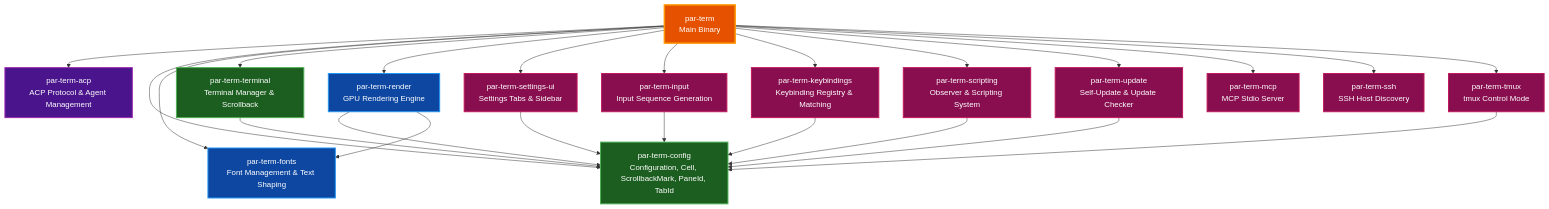
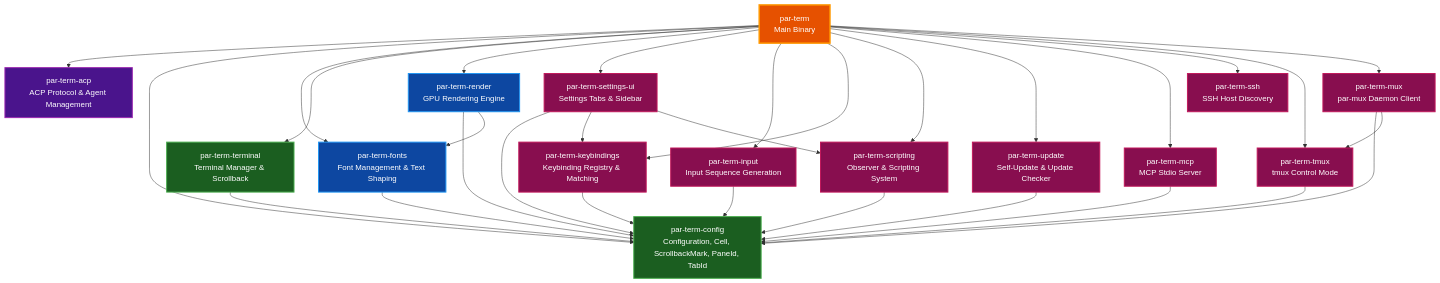
Before and after one commit to paulrobello/par-term: the second of 7 diagrams in docs/architecture/ARCHITECTURE.md, drawn with Mermaid. The commit also changed other lines of this file and 4 other files, not shown here.

Commit message:
docs: sync CONFIG_REFERENCE, ENTERPRISE_DEPLOYMENT, LOGGING, ARCHITECTURE, COMPOSITOR to impl

````diff
--- a/docs/architecture/ARCHITECTURE.md
+++ b/docs/architecture/ARCHITECTURE.md
@@ -141,56 +145,65 @@
 ```mermaid
 graph TD
     Main[par-term<br>Main Binary]
     ACP[par-term-acp<br>ACP Protocol & Agent Management]
     Config[par-term-config<br>Configuration, Cell, ScrollbackMark, PaneId, TabId]
     Fonts[par-term-fonts<br>Font Management & Text Shaping]
     Terminal[par-term-terminal<br>Terminal Manager & Scrollback]
     Render[par-term-render<br>GPU Rendering Engine]
     Settings[par-term-settings-ui<br>Settings Tabs & Sidebar]
     Input[par-term-input<br>Input Sequence Generation]
     Keybind[par-term-keybindings<br>Keybinding Registry & Matching]
     Scripting[par-term-scripting<br>Observer & Scripting System]
     Update[par-term-update<br>Self-Update & Update Checker]
     MCP[par-term-mcp<br>MCP Stdio Server]
     SSH[par-term-ssh<br>SSH Host Discovery]
     Tmux[par-term-tmux<br>tmux Control Mode]
+    Mux[par-term-mux<br>par-mux Daemon Client]
 
     Main --> ACP
     Main --> Config
     Main --> Fonts
     Main --> Terminal
     Main --> Render
     Main --> Settings
     Main --> Input
     Main --> Keybind
     Main --> Scripting
     Main --> Update
     Main --> MCP
     Main --> SSH
     Main --> Tmux
+    Main --> Mux
 
     Terminal --> Config
     Render --> Config
     Render --> Fonts
+    Fonts --> Config
     Settings --> Config
+    Settings --> Keybind
+    Settings --> Scripting
+    MCP --> Config
+    Mux --> Config
+    Mux --> Tmux
     Input --> Config
     Keybind --> Config
     Scripting --> Config
     Tmux --> Config
     Update --> Config
 
     style Main fill:#e65100,stroke:#ff9800,stroke-width:3px,color:#ffffff
     style ACP fill:#4a148c,stroke:#9c27b0,stroke-width:2px,color:#ffffff
     style Config fill:#1b5e20,stroke:#4caf50,stroke-width:2px,color:#ffffff
     style Fonts fill:#0d47a1,stroke:#2196f3,stroke-width:2px,color:#ffffff
     style Terminal fill:#1b5e20,stroke:#4caf50,stroke-width:2px,color:#ffffff
     style Render fill:#0d47a1,stroke:#2196f3,stroke-width:2px,color:#ffffff
     style Settings fill:#880e4f,stroke:#c2185b,stroke-width:2px,color:#ffffff
     style Input fill:#880e4f,stroke:#c2185b,stroke-width:2px,color:#ffffff
     style Keybind fill:#880e4f,stroke:#c2185b,stroke-width:2px,color:#ffffff
     style Scripting fill:#880e4f,stroke:#c2185b,stroke-width:2px,color:#ffffff
     style Update fill:#880e4f,stroke:#c2185b,stroke-width:2px,color:#ffffff
     style MCP fill:#880e4f,stroke:#c2185b,stroke-width:2px,color:#ffffff
     style SSH fill:#880e4f,stroke:#c2185b,stroke-width:2px,color:#ffffff
     style Tmux fill:#880e4f,stroke:#c2185b,stroke-width:2px,color:#ffffff
+    style Mux fill:#880e4f,stroke:#c2185b,stroke-width:2px,color:#ffffff
 ```
````
